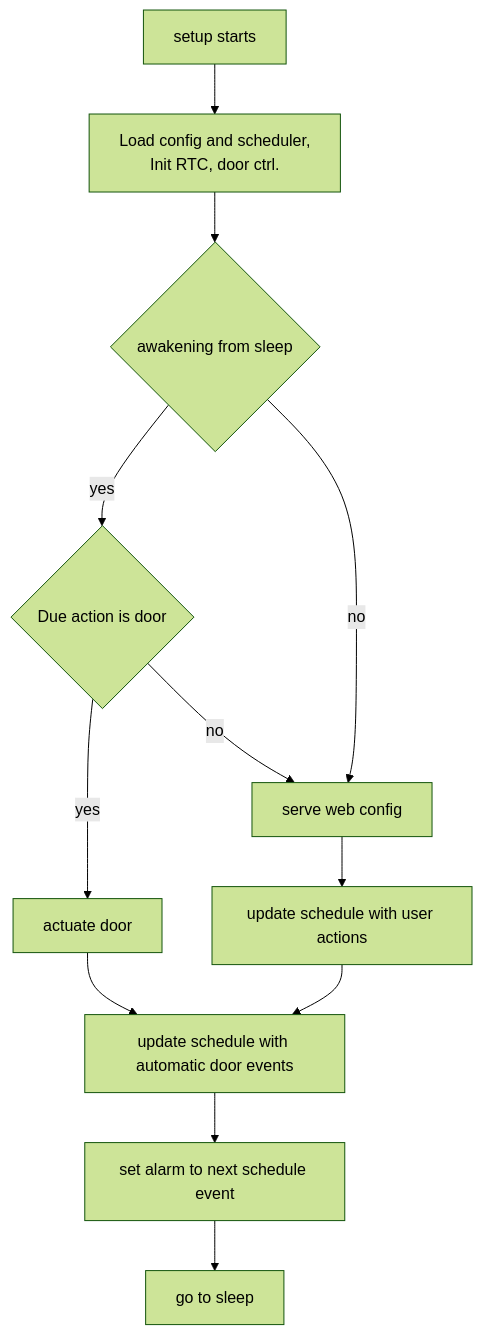
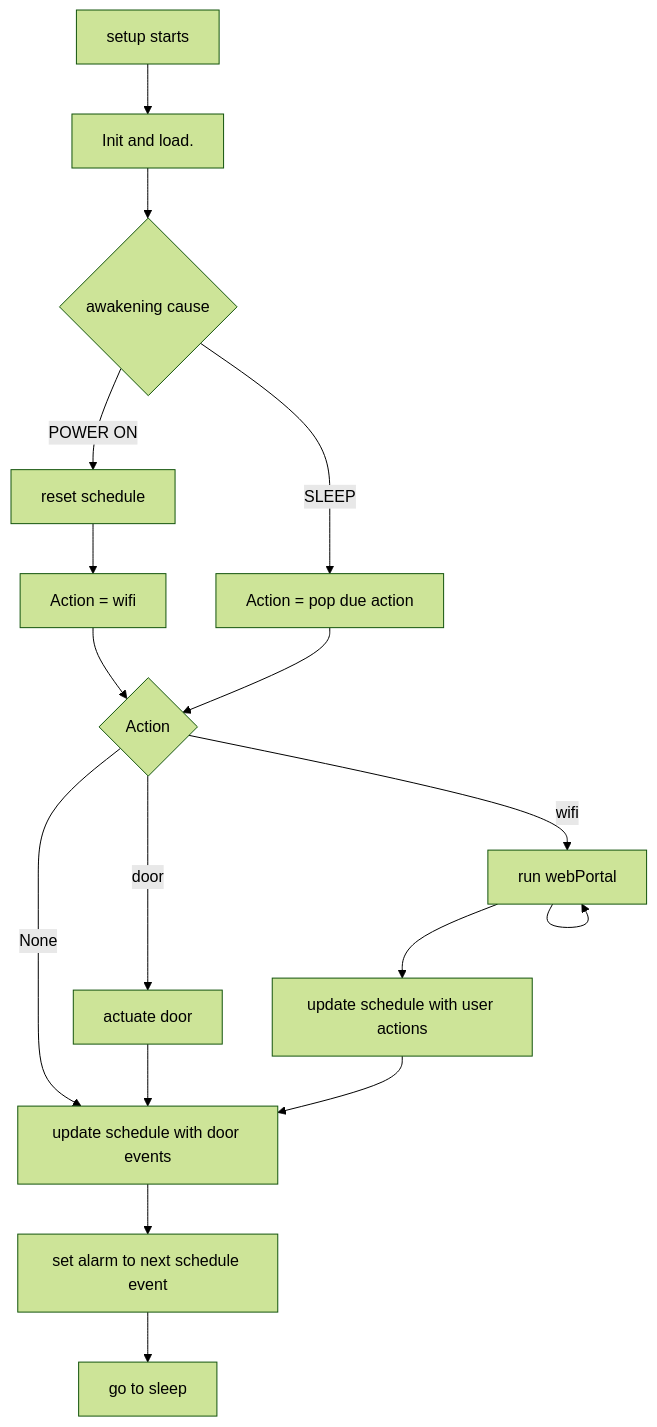
The diagram in doc/operation-sequence.md (jujumo/poulailler), drawn with Mermaid (forest theme) before and after one commit. The commit also changed 14 other files, not shown here.

````diff
--- a/doc/operation-sequence.md
+++ b/doc/operation-sequence.md
@@ -10,19 +10,21 @@
 ```mermaid
 flowchart TD
     
-  A[setup starts] --> B[Load config and scheduler,
-  Init RTC, door ctrl.]
-  B --> C{awakening from sleep}
-  C -->|yes| D{Due action is door}
-  D -->|yes| F[actuate door]
+  INIT[setup starts] --> 
+  LOAD[Init and load.] -->
+  CAUSE{awakening cause}
+  CAUSE -->|SLEEP| POP[Action = pop due action] --> ACTION
+  CAUSE -->|POWER ON| RESET[reset schedule]
+  RESET --> ADD_ACTION[Action = wifi] --> ACTION
   
+  ACTION{Action}
+  ACTION -->|wifi| WIFI[run webPortal]  --> WIFI
+  WIFI --> WIFI_UPDATE[update schedule with user actions] --> UPDATE
+  ACTION -->|door| DOOR[actuate door] --> UPDATE
+  ACTION -->|None| UPDATE
   
-  C -->|no| M[serve web config]
-  D -->|no| M
-  M --> N[update schedule with user actions]
-  
-  F --> U[update schedule with automatic door events]
-  N --> U
-  U --> V[set alarm to next schedule event]
-  V --> W[go to sleep]
+  UPDATE[update schedule with door events] --> 
+  SET_ALARM[set alarm to next schedule event] -->
+  GO_SLEEP[go to sleep]
+
 ```
````
